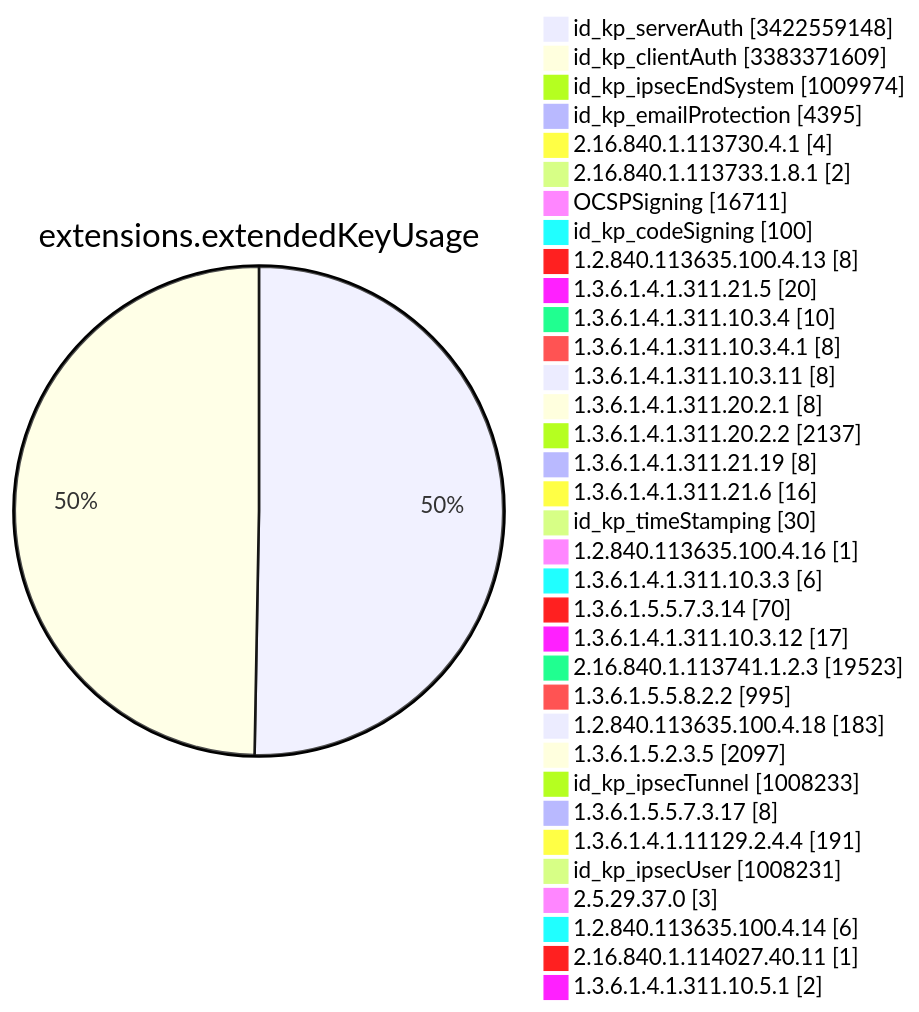
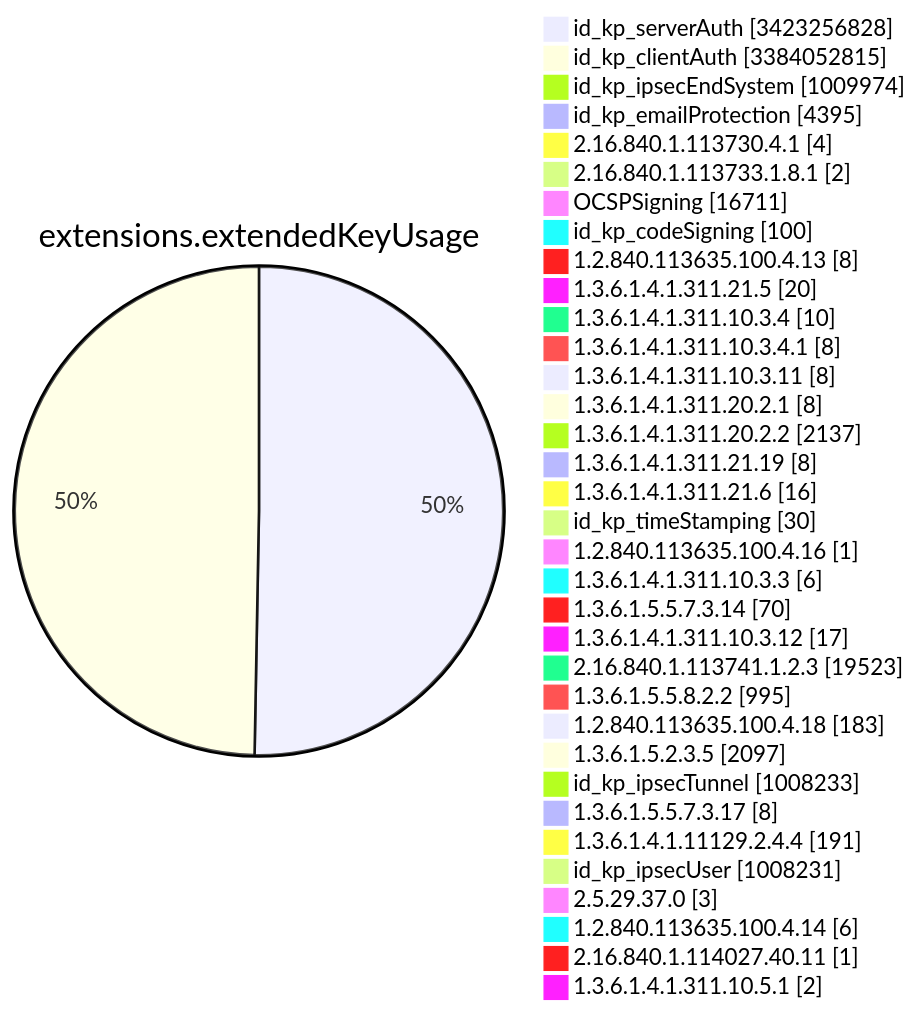
Before and after one commit to christiankrug/ctmonitor_visualization: diagram 11 of 15 in TOTAL/README.md, drawn with Mermaid. The commit also changed other lines of this file, not shown here.

````diff
--- a/TOTAL/README.md
+++ b/TOTAL/README.md
@@ -4121,38 +4122,38 @@
 ```mermaid
 pie showData
 title extensions.extendedKeyUsage
-"id_kp_serverAuth" :3422559148
-"id_kp_clientAuth" :3383371609
+"id_kp_serverAuth" :3423256828
+"id_kp_clientAuth" :3384052815
 "id_kp_ipsecEndSystem" :1009974
 "id_kp_emailProtection" :4395
 "2.16.840.1.113730.4.1" :4
 "2.16.840.1.113733.1.8.1" :2
 "OCSPSigning" :16711
 "id_kp_codeSigning" :100
 "1.2.840.113635.100.4.13" :8
 "1.3.6.1.4.1.311.21.5" :20
 "1.3.6.1.4.1.311.10.3.4" :10
 "1.3.6.1.4.1.311.10.3.4.1" :8
 "1.3.6.1.4.1.311.10.3.11" :8
 "1.3.6.1.4.1.311.20.2.1" :8
 "1.3.6.1.4.1.311.20.2.2" :2137
 "1.3.6.1.4.1.311.21.19" :8
 "1.3.6.1.4.1.311.21.6" :16
 "id_kp_timeStamping" :30
 "1.2.840.113635.100.4.16" :1
 "1.3.6.1.4.1.311.10.3.3" :6
 "1.3.6.1.5.5.7.3.14" :70
 "1.3.6.1.4.1.311.10.3.12" :17
 "2.16.840.1.113741.1.2.3" :19523
 "1.3.6.1.5.5.8.2.2" :995
 "1.2.840.113635.100.4.18" :183
 "1.3.6.1.5.2.3.5" :2097
 "id_kp_ipsecTunnel" :1008233
 "1.3.6.1.5.5.7.3.17" :8
 "1.3.6.1.4.1.11129.2.4.4" :191
 "id_kp_ipsecUser" :1008231
 "2.5.29.37.0" :3
 "1.2.840.113635.100.4.14" :6
 "2.16.840.1.114027.40.11" :1
 "1.3.6.1.4.1.311.10.5.1" :2
 ```
````
